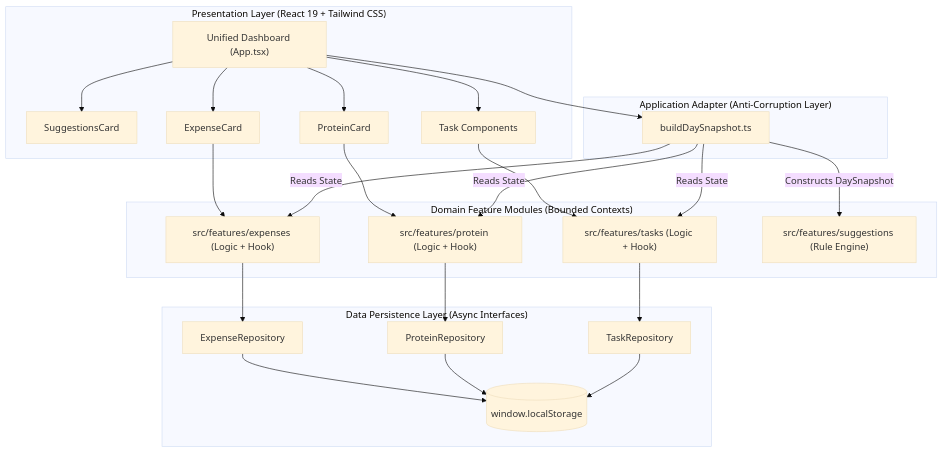
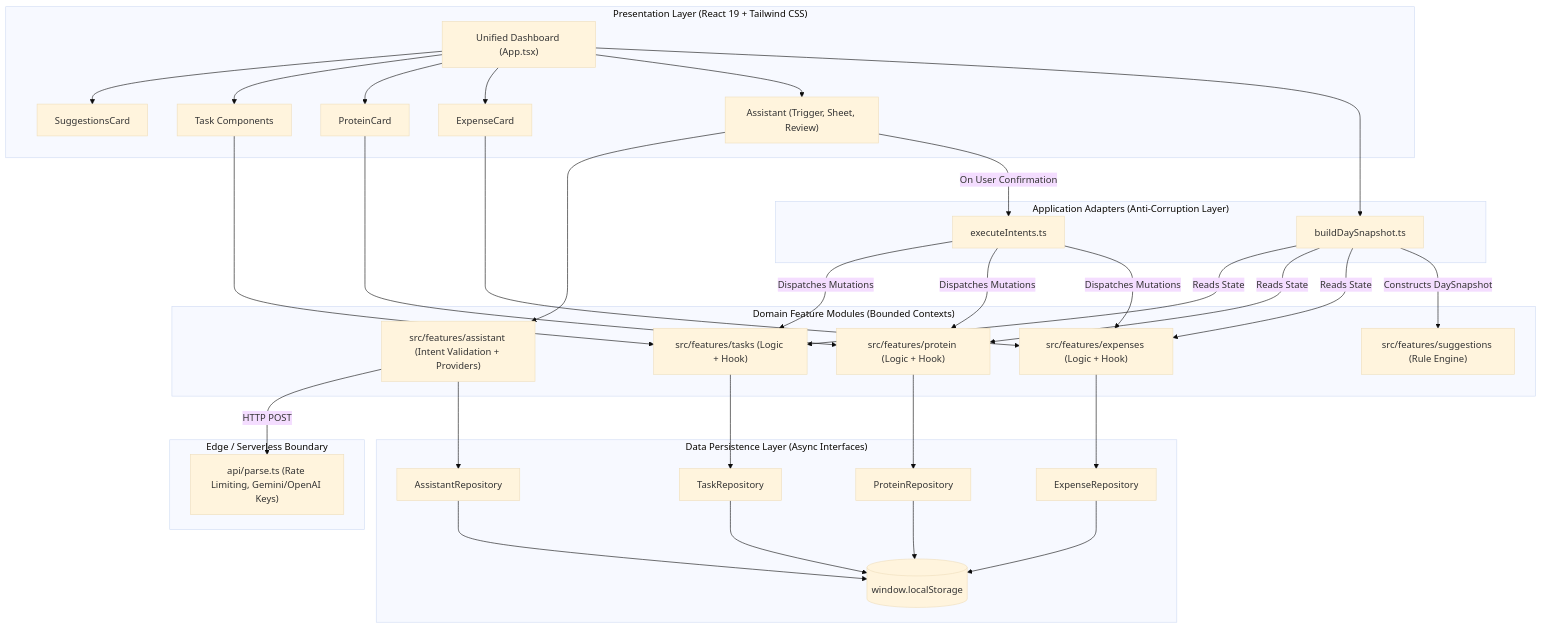
The diagram in README.md (nitinbhhardwaj/campus-compass), drawn with Mermaid (base theme) before and after one commit. The commit also changed other lines of this file and 1 other file, not shown here.

Commit message:
feat(assistant): integrate assistant into App shell and document architecture in README

````diff
--- a/README.md
+++ b/README.md
@@ -66,51 +68,69 @@
 ```mermaid
 flowchart TD
     subgraph UI ["Presentation Layer (React 19 + Tailwind CSS)"]
         TodayView["Unified Dashboard (App.tsx)"]
         SugCard["SuggestionsCard"]
         TaskComp["Task Components"]
         ProtComp["ProteinCard"]
         ExpComp["ExpenseCard"]
+        AssistUI["Assistant (Trigger, Sheet, Review)"]
     end
 
-    subgraph AdapterLayer ["Application Adapter (Anti-Corruption Layer)"]
+    subgraph AdapterLayer ["Application Adapters (Anti-Corruption Layer)"]
         Adapter["buildDaySnapshot.ts"]
+        ExecAdapter["executeIntents.ts"]
     end
 
     subgraph Features ["Domain Feature Modules (Bounded Contexts)"]
         Tasks["src/features/tasks (Logic + Hook)"]
         Protein["src/features/protein (Logic + Hook)"]
         Expenses["src/features/expenses (Logic + Hook)"]
         Suggestions["src/features/suggestions (Rule Engine)"]
+        Assistant["src/features/assistant (Intent Validation + Providers)"]
+    end
+
+    subgraph EdgeBackend ["Edge / Serverless Boundary"]
+        ServerlessParse["api/parse.ts (Rate Limiting, Gemini/OpenAI Keys)"]
     end
 
     subgraph Repositories ["Data Persistence Layer (Async Interfaces)"]
         TaskRepo["TaskRepository"]
         ProteinRepo["ProteinRepository"]
         ExpenseRepo["ExpenseRepository"]
+        AssistRepo["AssistantRepository"]
         Storage[("window.localStorage")]
     end
 
     TodayView --> SugCard
     TodayView --> TaskComp
     TodayView --> ProtComp
     TodayView --> ExpComp
+    TodayView --> AssistUI
 
     TodayView --> Adapter
     Adapter -->|Reads State| Tasks
     Adapter -->|Reads State| Protein
     Adapter -->|Reads State| Expenses
     Adapter -->|Constructs DaySnapshot| Suggestions
+
+    AssistUI --> Assistant
+    Assistant -->|HTTP POST| ServerlessParse
+    AssistUI -->|On User Confirmation| ExecAdapter
+    ExecAdapter -->|Dispatches Mutations| Tasks
+    ExecAdapter -->|Dispatches Mutations| Protein
+    ExecAdapter -->|Dispatches Mutations| Expenses
 
     TaskComp --> Tasks
     ProtComp --> Protein
     ExpComp --> Expenses
 
     Tasks --> TaskRepo
     Protein --> ProteinRepo
     Expenses --> ExpenseRepo
+    Assistant --> AssistRepo
 
     TaskRepo --> Storage
     ProteinRepo --> Storage
     ExpenseRepo --> Storage
+    AssistRepo --> Storage
 ```
````
